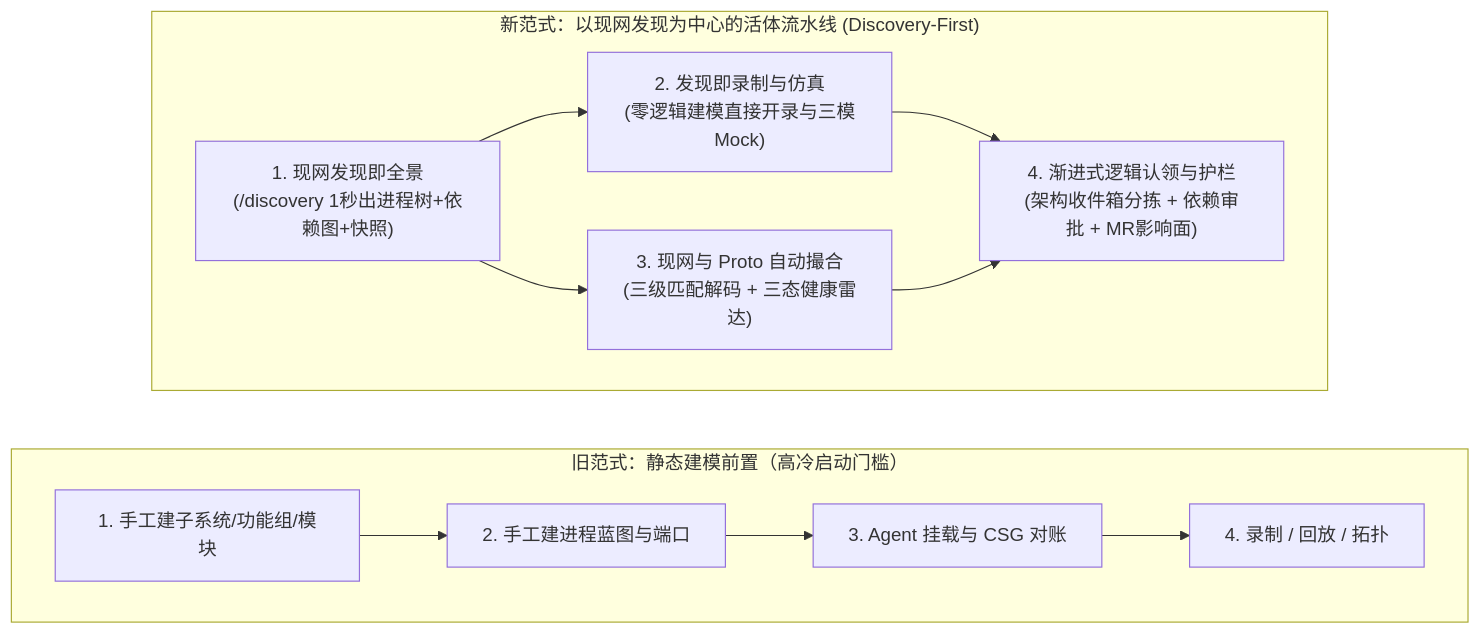
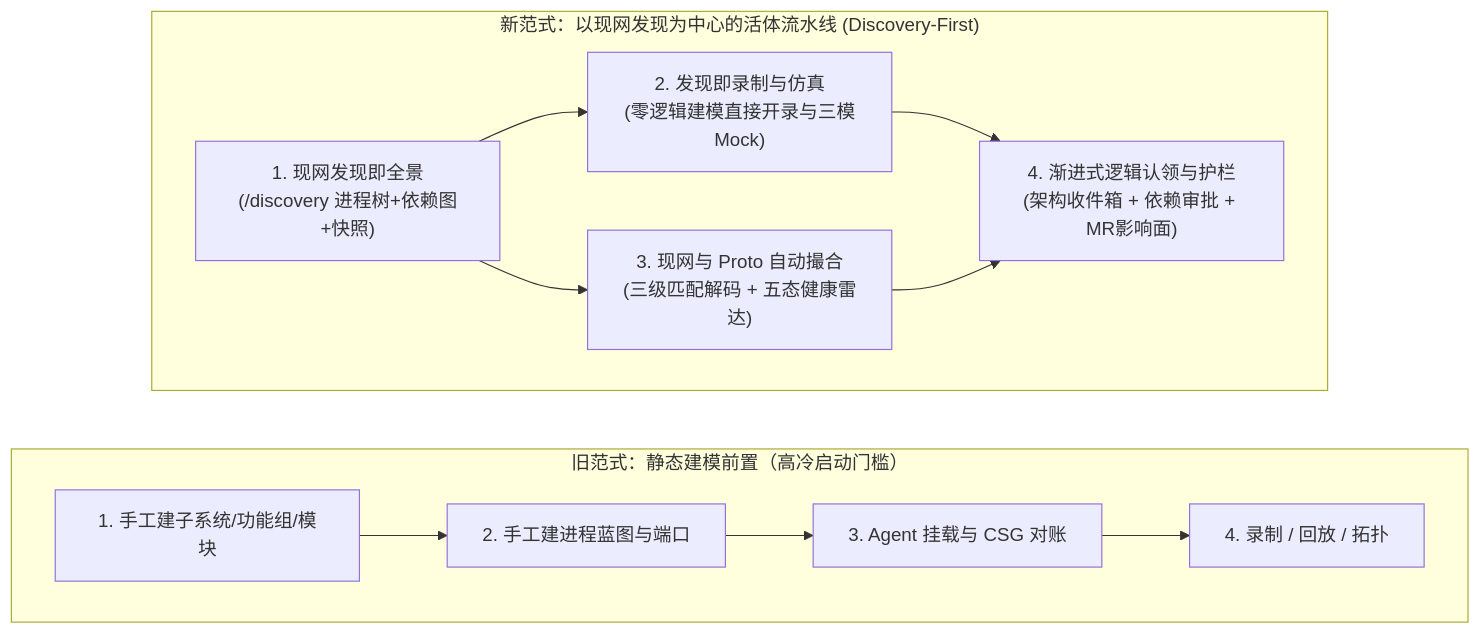
One commit to fugui/code-contract changed the first of 4 diagrams in docs/05-adr/24-csg-discovery-process-centric-and-physical-logical-boundary-adr.md. Above: the diagram before and after it, drawn with Mermaid. The commit also changed other lines of this file and 2 other files, not shown here.

````diff
--- a/docs/05-adr/24-csg-discovery-process-centric-and-physical-logical-boundary-adr.md
+++ b/docs/05-adr/24-csg-discovery-process-centric-and-physical-logical-boundary-adr.md
@@ -45,17 +41,17 @@
 ```mermaid
 flowchart LR
     subgraph OLD["旧范式：静态建模前置（高冷启动门槛）"]
         direction LR
         O1["1. 手工建子系统/功能组/模块"] --> O2["2. 手工建进程蓝图与端口"]
         O2 --> O3["3. Agent 挂载与 CSG 对账"]
         O3 --> O4["4. 录制 / 回放 / 拓扑"]
     end
 
     subgraph NEW["新范式：以现网发现为中心的活体流水线 (Discovery-First)"]
         direction LR
-        N1["1. 现网发现即全景\n(/discovery 1秒出进程树+依赖图+快照)"] --> N2["2. 发现即录制与仿真\n(零逻辑建模直接开录与三模Mock)"]
-        N1 --> N3["3. 现网与 Proto 自动撮合\n(三级匹配解码 + 三态健康雷达)"]
-        N2 --> N4["4. 渐进式逻辑认领与护栏\n(架构收件箱分拣 + 依赖审批 + MR影响面)"]
+        N1["1. 现网发现即全景\n(/discovery 进程树+依赖图+快照)"] --> N2["2. 发现即录制与仿真\n(零逻辑建模直接开录与三模Mock)"]
+        N1 --> N3["3. 现网与 Proto 自动撮合\n(三级匹配解码 + 五态健康雷达)"]
+        N2 --> N4["4. 渐进式逻辑认领与护栏\n(架构收件箱 + 依赖审批 + MR影响面)"]
         N3 --> N4
     end
 ```
````
